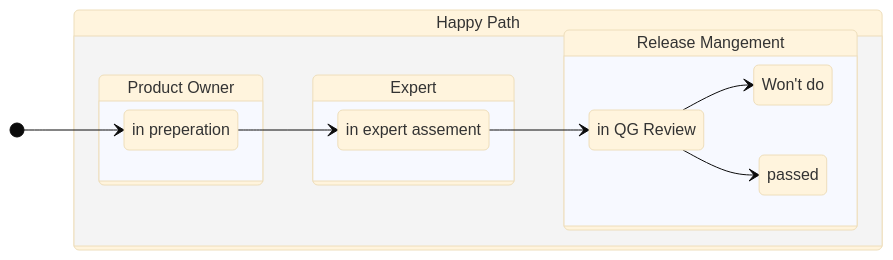
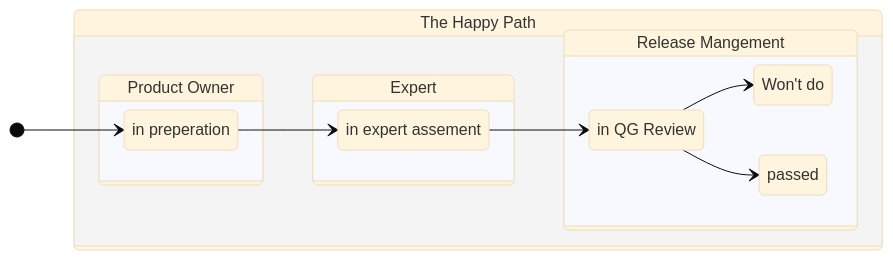
One commit to eclipse-tractusx/sig-release changed the diagram in docs/static/releasemanagement-acceptance-happy-path.mmd. Above: the diagram before and after it, drawn with Mermaid (base theme). The commit also changed 3 other files, not shown here.

Commit message:
docs: renew pics for release paths and fixed other path Mermaid

```diff
--- a/docs/static/releasemanagement-acceptance-happy-path.mmd
+++ b/docs/static/releasemanagement-acceptance-happy-path.mmd
@@ -1,28 +1,28 @@
 stateDiagram
     direction LR
     ip: in preperation
     iex: in expert assement
     qgr: in QG Review
     wd: Won't do
     p: passed
 
     [*] --> ip
 
-    state "Happy Path" as pod {
+    state "The Happy Path" as pod {
         direction LR
     state "Product Owner" as po {
       direction LR
       ip --> iex
     }
     state "Expert" as ex {
       direction LR
       iex --> qgr
     }
      state "Release Mangement" as rm {
       
         qgr --> wd
         qgr --> p
     }
     
 
     }
```
